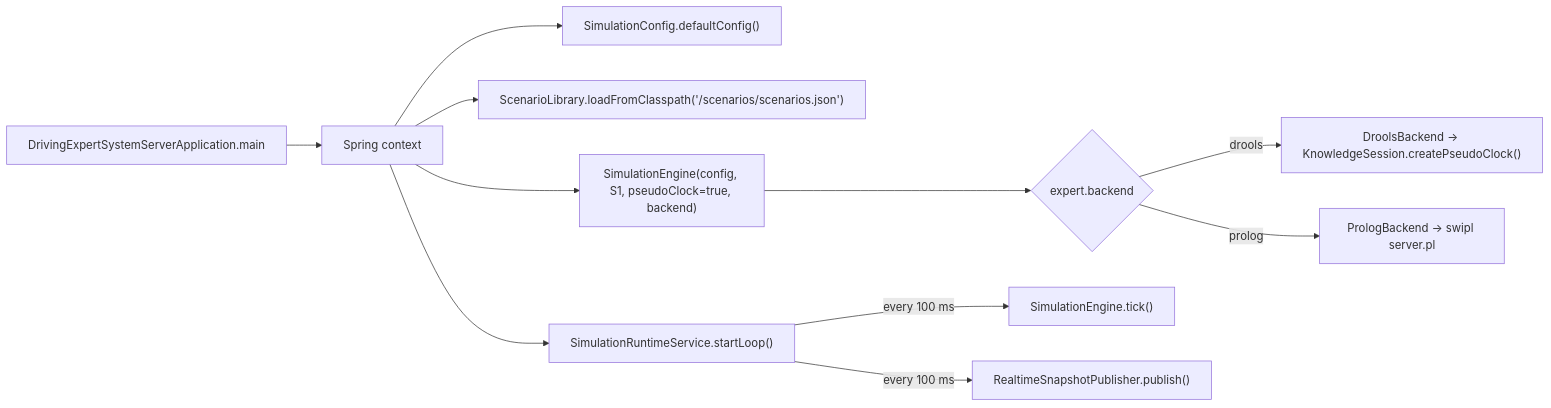
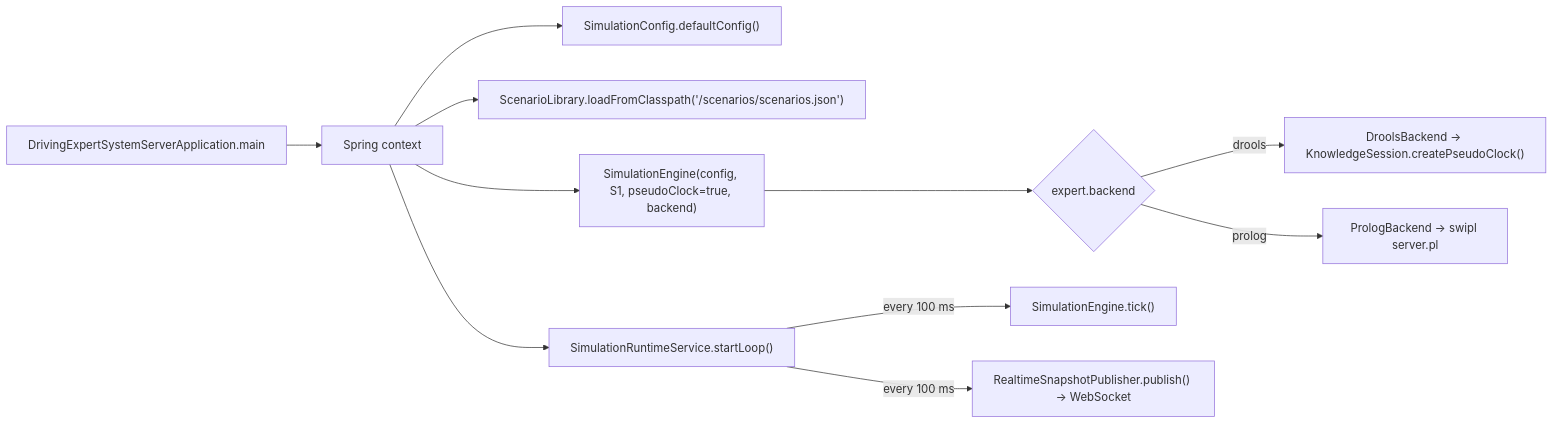
Before and after one commit to 1-2Drive/projeto-1: the first of 2 diagrams in docs/PROJECT_STRUCTURE.md, drawn with Mermaid. The commit also changed other lines of this file and 25 other files, not shown here.

````diff
--- a/docs/PROJECT_STRUCTURE.md
+++ b/docs/PROJECT_STRUCTURE.md
@@ -257,13 +257,13 @@
 ```mermaid
 flowchart LR
     main["DrivingExpertSystemServerApplication.main"] --> spring["Spring context"]
     spring --> cfg["SimulationConfig.defaultConfig()"]
     spring --> lib["ScenarioLibrary.loadFromClasspath('/scenarios/scenarios.json')"]
     spring --> eng["SimulationEngine(config, S1, pseudoClock=true, backend)"]
     eng --> be{"expert.backend"}
     be -->|drools| ks["DroolsBackend → KnowledgeSession.createPseudoClock()"]
     be -->|prolog| pl["PrologBackend → swipl server.pl"]
     spring --> rt["SimulationRuntimeService.startLoop()"]
     rt -->|every 100 ms| tick["SimulationEngine.tick()"]
-    rt -->|every 100 ms| sse["RealtimeSnapshotPublisher.publish()"]
+    rt -->|every 100 ms| pub["RealtimeSnapshotPublisher.publish() → WebSocket"]
 ```
````
